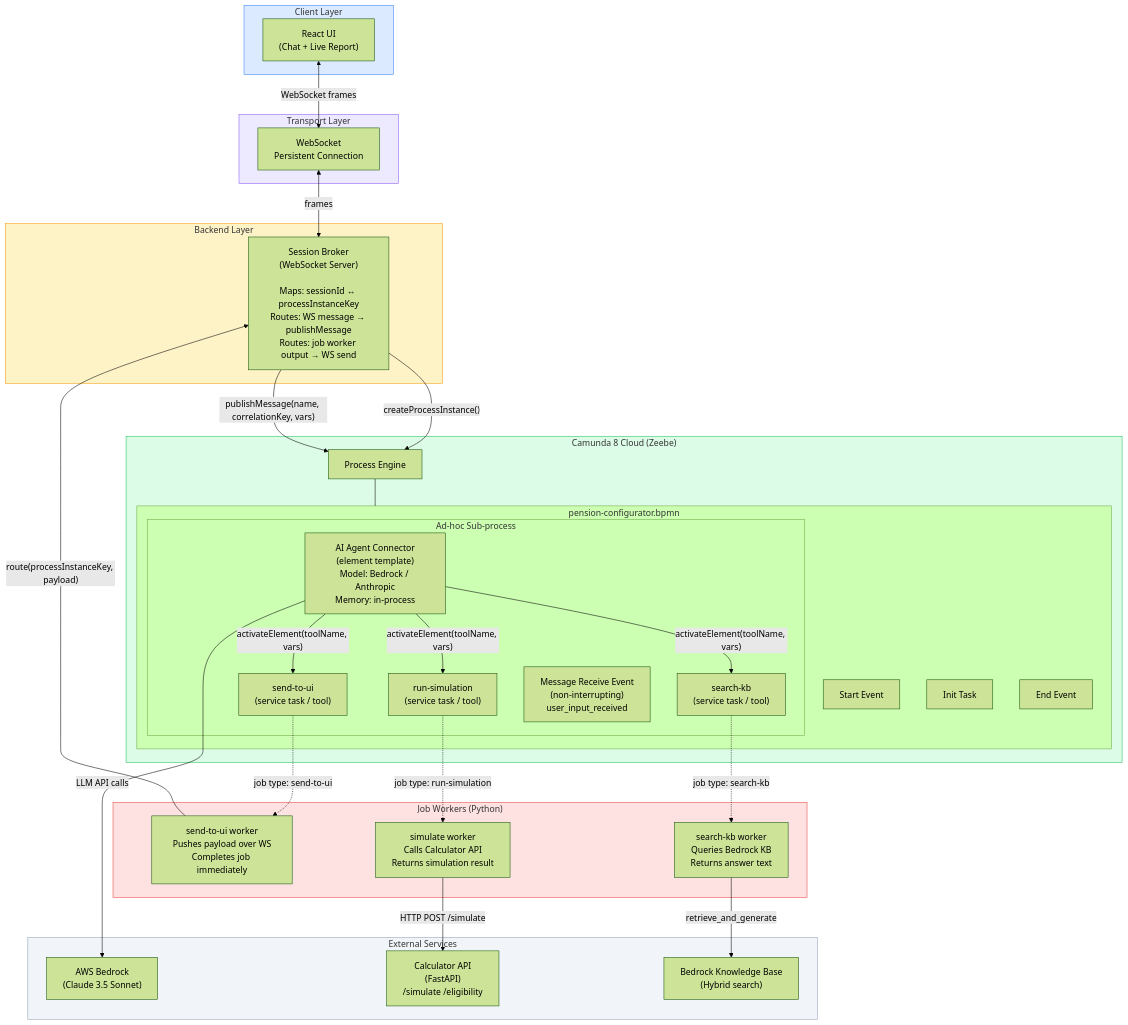
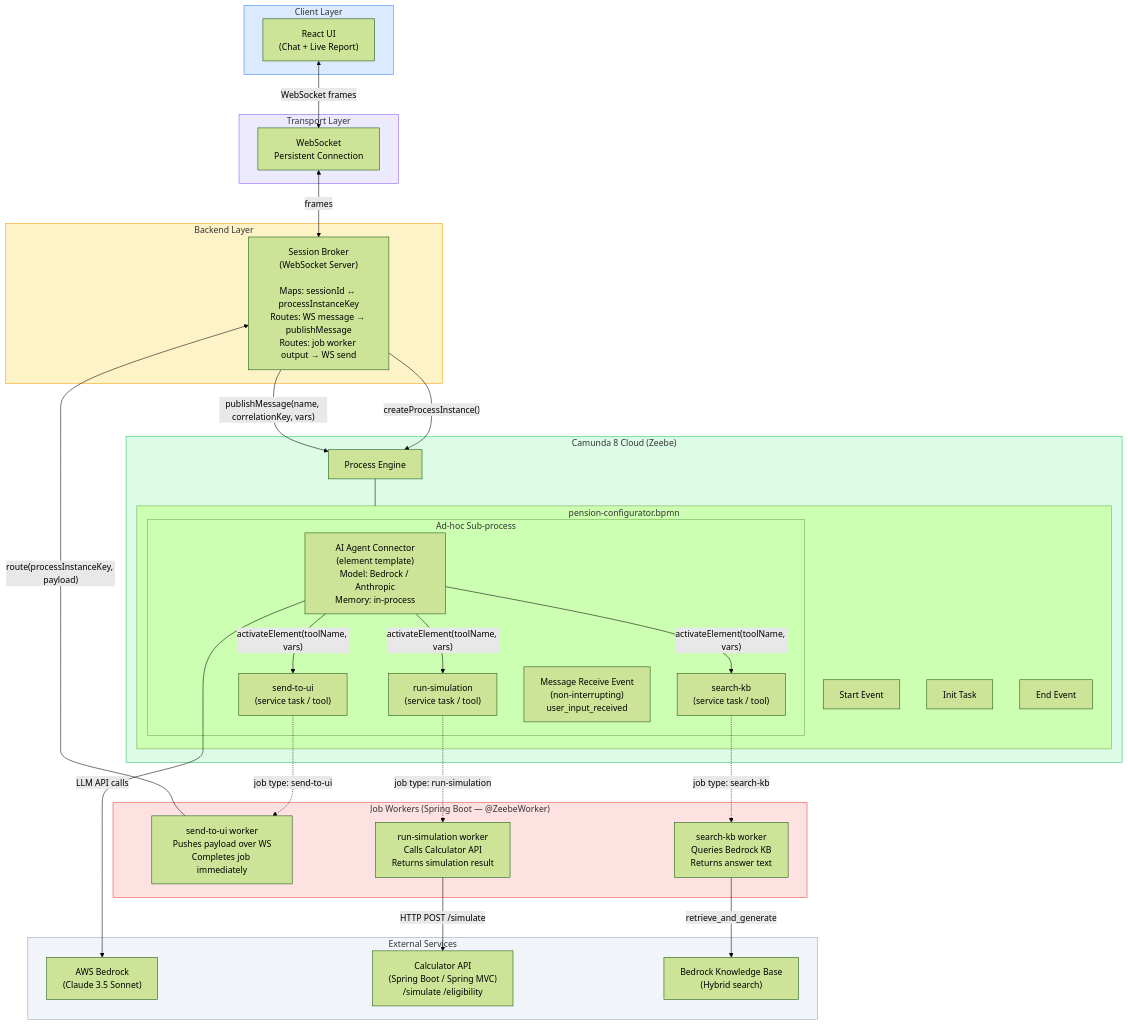
The diagram in docs/architecture/architecture.md (moascode/noisn), drawn with Mermaid (forest theme) before and after one commit. The commit also changed other lines of this file and 4 other files, not shown here.

First line of the commit message:
Update architecture docs: Spring Boot migration + recommender design

````diff
--- a/docs/architecture/architecture.md
+++ b/docs/architecture/architecture.md
@@ -21,65 +21,65 @@
 ```mermaid
 graph TB
     subgraph Client["Client Layer"]
         UI["React UI\n(Chat + Live Report)"]
     end
 
     subgraph Transport["Transport Layer"]
         WS["WebSocket\nPersistent Connection"]
     end
 
     subgraph Backend["Backend Layer"]
         SB["Session Broker\n(WebSocket Server)\n\nMaps: sessionId ↔ processInstanceKey\nRoutes: WS message → publishMessage\nRoutes: job worker output → WS send"]
     end
 
     subgraph Camunda["Camunda 8 Cloud (Zeebe)"]
         PE["Process Engine"]
         subgraph BPMN["pension-configurator.bpmn"]
             SE["Start Event"]
             IT["Init Task"]
             subgraph AHS["Ad-hoc Sub-process"]
                 AAC["AI Agent Connector\n(element template)\nModel: Bedrock / Anthropic\nMemory: in-process"]
                 T1["send-to-ui\n(service task / tool)"]
                 T2["run-simulation\n(service task / tool)"]
                 T3["search-kb\n(service task / tool)"]
                 MRE["Message Receive Event\n(non-interrupting)\nuser_input_received"]
             end
             EE["End Event"]
         end
     end
 
-    subgraph Workers["Job Workers (Python)"]
+    subgraph Workers["Job Workers (Spring Boot — @ZeebeWorker)"]
         W1["send-to-ui worker\nPushes payload over WS\nCompletes job immediately"]
-        W2["simulate worker\nCalls Calculator API\nReturns simulation result"]
+        W2["run-simulation worker\nCalls Calculator API\nReturns simulation result"]
         W3["search-kb worker\nQueries Bedrock KB\nReturns answer text"]
     end
 
     subgraph External["External Services"]
         LLM["AWS Bedrock\n(Claude 3.5 Sonnet)"]
-        CALC["Calculator API\n(FastAPI)\n/simulate  /eligibility"]
+        CALC["Calculator API\n(Spring Boot / Spring MVC)\n/simulate  /eligibility"]
         KB["Bedrock Knowledge Base\n(Hybrid search)"]
     end
 
     UI <-->|WebSocket frames| WS
     WS <-->|frames| SB
     SB -->|"createProcessInstance()"| PE
     SB -->|"publishMessage(name, correlationKey, vars)"| PE
     PE --- BPMN
     AAC -->|"activateElement(toolName, vars)"| T1
     AAC -->|"activateElement(toolName, vars)"| T2
     AAC -->|"activateElement(toolName, vars)"| T3
     T1 -.->|"job type: send-to-ui"| W1
     T2 -.->|"job type: run-simulation"| W2
     T3 -.->|"job type: search-kb"| W3
     W1 -->|"route(processInstanceKey, payload)"| SB
     W2 -->|HTTP POST /simulate| CALC
     W3 -->|retrieve_and_generate| KB
     AAC -->|LLM API calls| LLM
 
     style Client fill:#dbeafe,stroke:#3b82f6
     style Transport fill:#ede9fe,stroke:#8b5cf6
     style Backend fill:#fef3c7,stroke:#f59e0b
     style Camunda fill:#dcfce7,stroke:#22c55e
     style Workers fill:#fee2e2,stroke:#ef4444
     style External fill:#f1f5f9,stroke:#94a3b8
 ```
````
